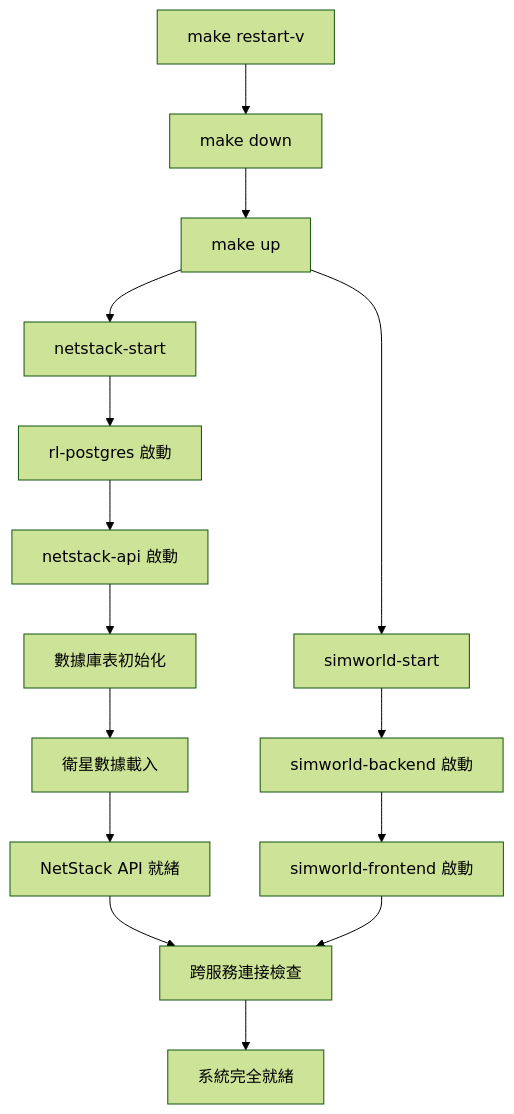
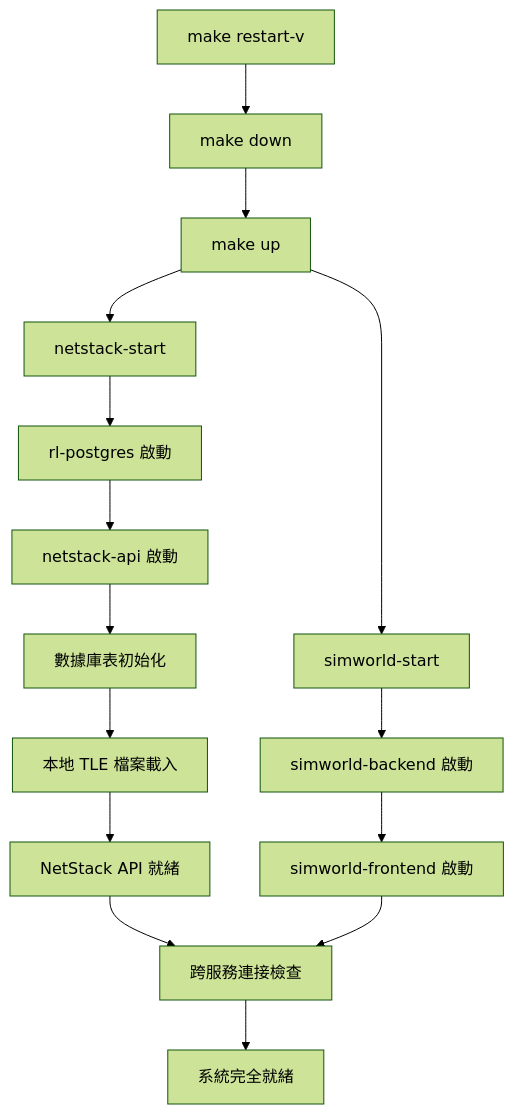
One commit to cedarwud/ntn-stack changed the diagram in satellite-precompute-plan/README.md. Above: the diagram before and after it, drawn with Mermaid (forest theme). The commit also changed other lines of this file and 4 other files, not shown here.

````diff
--- a/satellite-precompute-plan/README.md
+++ b/satellite-precompute-plan/README.md
@@ -150,20 +158,20 @@
 ```mermaid
 graph TD
     A[make restart-v] --> B[make down]
     B --> C[make up]
     C --> D[netstack-start]
     C --> E[simworld-start]
     
     D --> F[rl-postgres 啟動]
     F --> G[netstack-api 啟動]
     G --> H[數據庫表初始化]
-    H --> I[衛星數據載入]
+    H --> I[本地 TLE 檔案載入]
     I --> J[NetStack API 就緒]
     
     E --> K[simworld-backend 啟動]
     K --> L[simworld-frontend 啟動]
     
     J --> M[跨服務連接檢查]
     L --> M
     M --> N[系統完全就緒]
 ```
````
